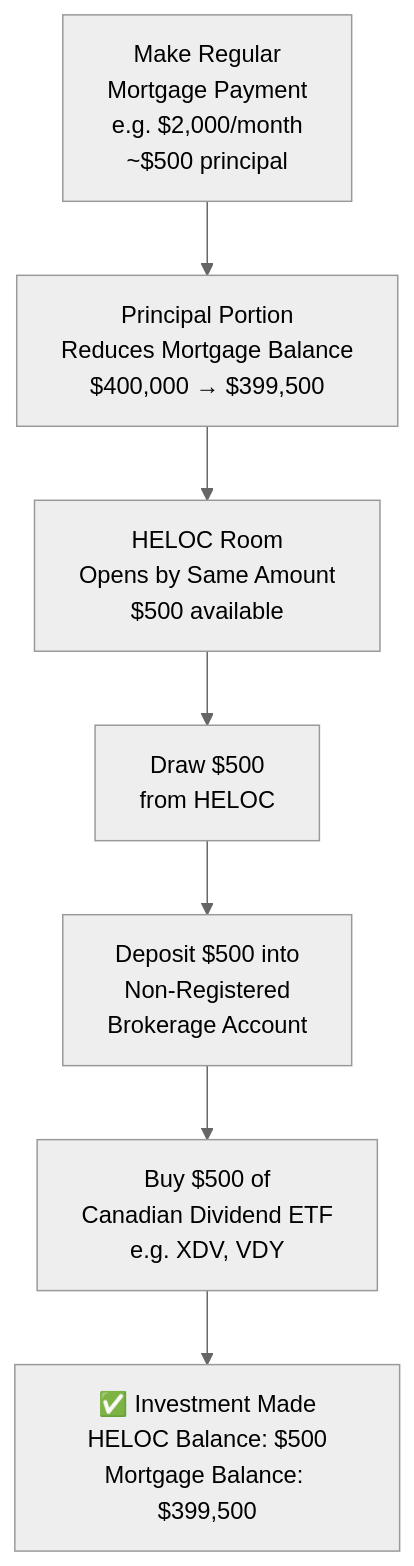
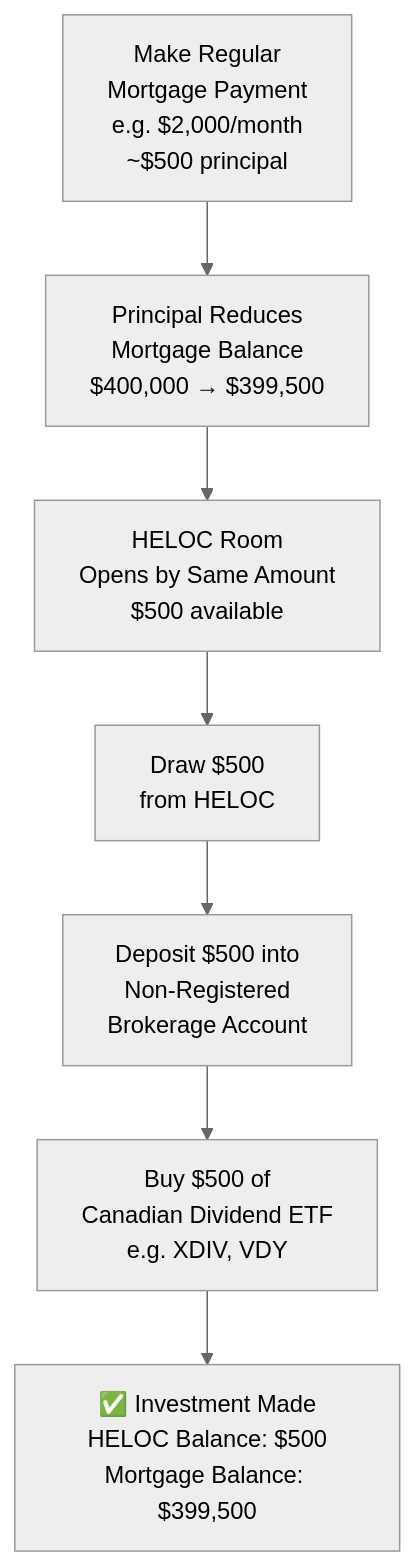
Before and after one commit to latetedemelon/SmitheManeuver: the third of 7 diagrams in README.md, drawn with Mermaid (neutral theme). The commit also changed other lines of this file, not shown here.

```diff
--- a/README.md
+++ b/README.md
@@ -736,9 +432,9 @@
       <div class="mermaid">
 flowchart TD
-    A[Make Regular\nMortgage Payment\ne.g. $2,000/month\n~$500 principal] --> B[Principal Portion\nReduces Mortgage Balance\n$400,000 → $399,500]
+    A[Make Regular\nMortgage Payment\ne.g. $2,000/month\n~$500 principal] --> B[Principal Reduces\nMortgage Balance\n$400,000 → $399,500]
     B --> C[HELOC Room\nOpens by Same Amount\n$500 available]
     C --> D[Draw $500\nfrom HELOC]
     D --> E[Deposit $500 into\nNon-Registered\nBrokerage Account]
-    E --> F[Buy $500 of\nCanadian Dividend ETF\ne.g. XDV, VDY]
+    E --> F[Buy $500 of\nCanadian Dividend ETF\ne.g. XDIV, VDY]
     F --> G[✅ Investment Made\nHELOC Balance: $500\nMortgage Balance: $399,500]
       </div>
```
